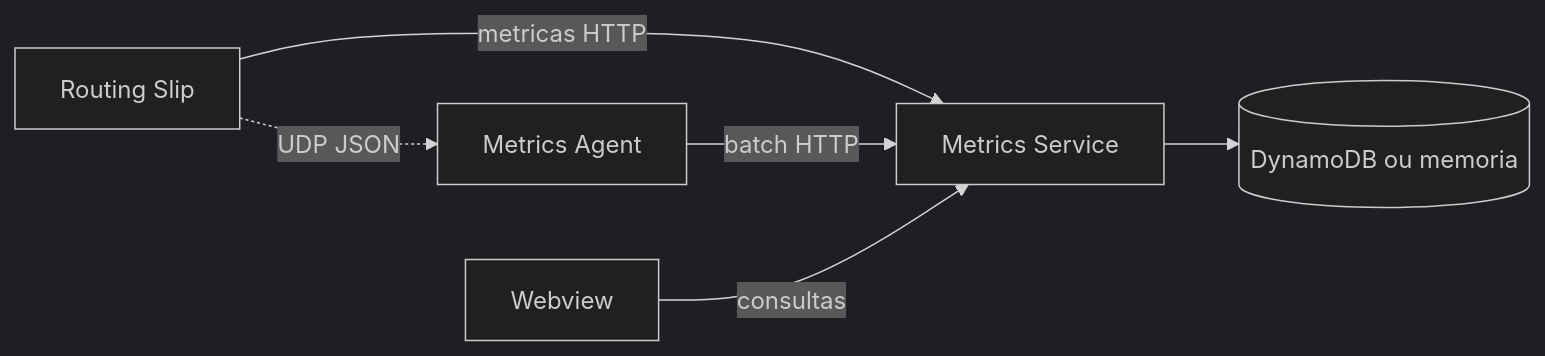
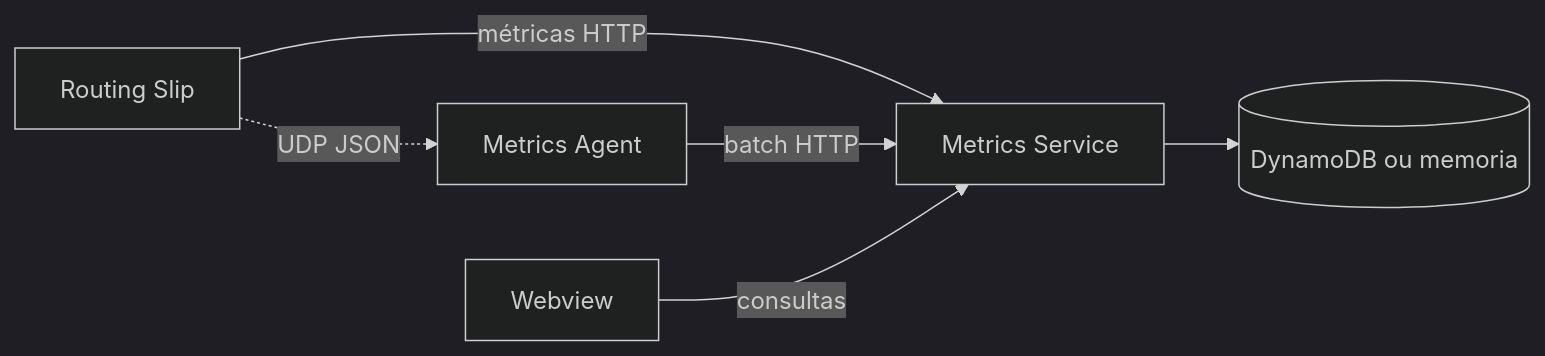
One commit to raywall/routing-slip-pattern changed the diagram in studio/docs/content/04-projetos-integrados/04-custom-business-metrics.md. Above: the diagram before and after it, drawn with Mermaid (dark theme). The commit also changed other lines of this file and 40 other files, not shown here.

````diff
--- a/studio/docs/content/04-projetos-integrados/04-custom-business-metrics.md
+++ b/studio/docs/content/04-projetos-integrados/04-custom-business-metrics.md
@@ -14,8 +16,8 @@
 ```mermaid
 flowchart LR
-    Router[Routing Slip] -->|metricas HTTP| Service[Metrics Service]
+    Router[Routing Slip] -->|métricas HTTP| Service[Metrics Service]
     Router -. UDP JSON .-> Agent[Metrics Agent]
     Agent -->|batch HTTP| Service
     Service --> Store[(DynamoDB ou memoria)]
     Webview[Webview] -->|consultas| Service
 ```
````
